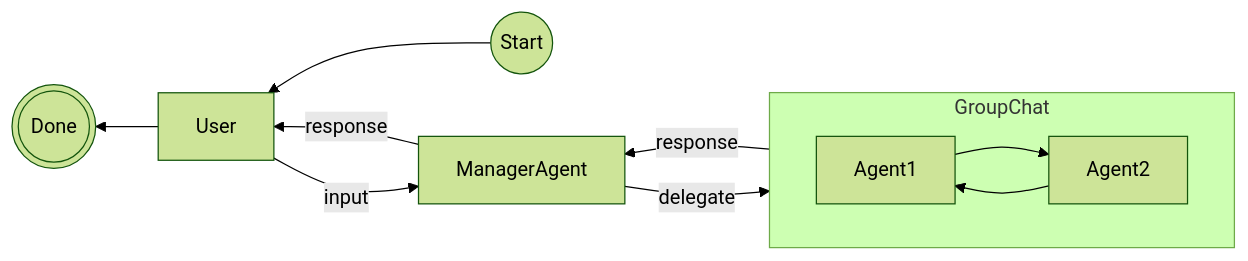
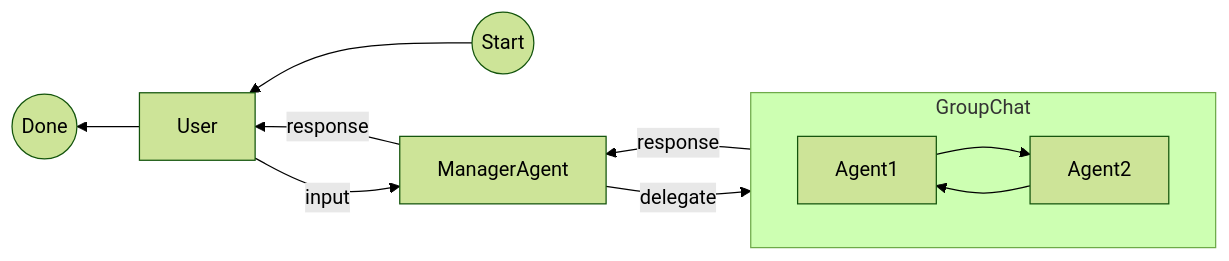
Before and after one commit to microsoft/semantic-kernel: the eighth of 8 diagrams in dotnet/samples/GettingStartedWithProcesses/README.md, drawn with Mermaid (forest theme).

Commit message:
Fix agent flow

````diff
--- a/dotnet/samples/GettingStartedWithProcesses/README.md
+++ b/dotnet/samples/GettingStartedWithProcesses/README.md
@@ -170,15 +170,15 @@
 ```mermaid
 flowchart RL
     O --> A
-    O@{shape: circle, label: "Start"}
+    O((Start))
     A[User] -->|input| B[ManagerAgent]
-    A --> F@{shape: double-circle, label: Done}
+    A --> F((Done))
     B --> |response|A
     B --> |delegate| G
     G --> |response|B
     subgraph G[GroupChat]
         direction LR
         D[Agent1] --> E
         E[Agent2] --> D
     end
 ```
````
